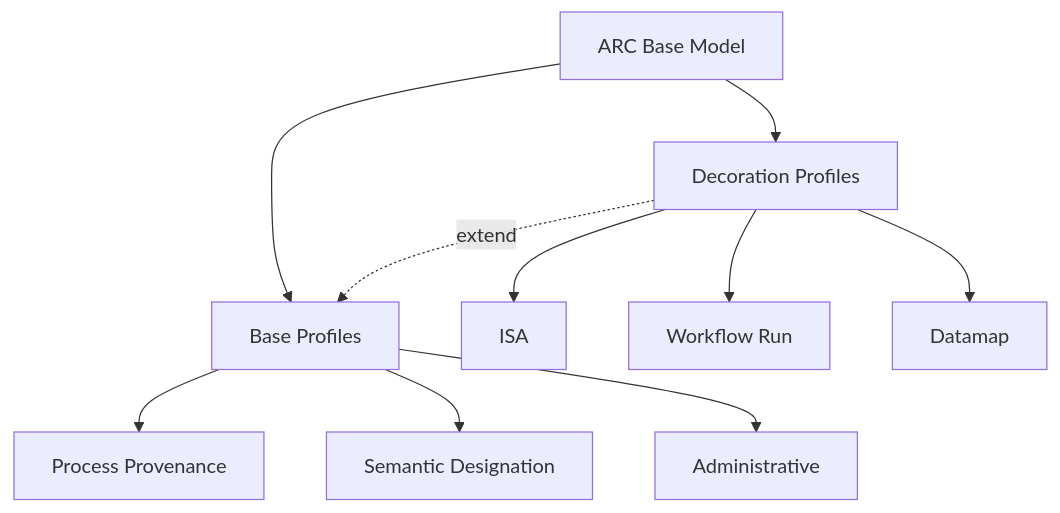
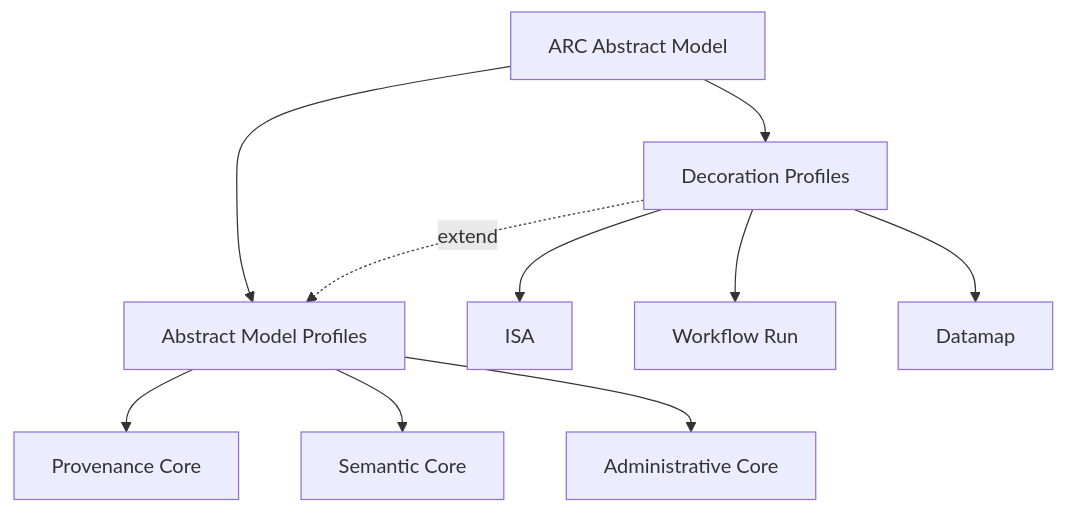
The diagram in docs/index.md (nfdi4plants/ARC-Abstract-Model), drawn with Mermaid before and after one commit. The commit also changed other lines of this file and 39 other files, not shown here.

Commit message:
update naming of abstract model

````diff
--- a/docs/index.md
+++ b/docs/index.md
@@ -31,19 +31,19 @@
 ```mermaid
 flowchart TB
-    arc[ARC Base Model]
-    base[Base Profiles]
+    arc[ARC Abstract Model]
+    profiles[Abstract Model Profiles]
     decorations[Decoration Profiles]
 
-    arc --> base
+    arc --> profiles
     arc --> decorations
 
-    base --> provenance[Process Provenance]
-    base --> semantics[Semantic Designation]
-    base --> administrative[Administrative]
+    profiles --> provenance[Provenance Core]
+    profiles --> semantics[Semantic Core]
+    profiles --> administrative[Administrative Core]
 
     decorations --> isa[ISA]
     decorations --> workflow[Workflow Run]
     decorations --> datamap[Datamap]
 
-    decorations -. extend .-> base
+    decorations -. extend .-> profiles
 ```
````
